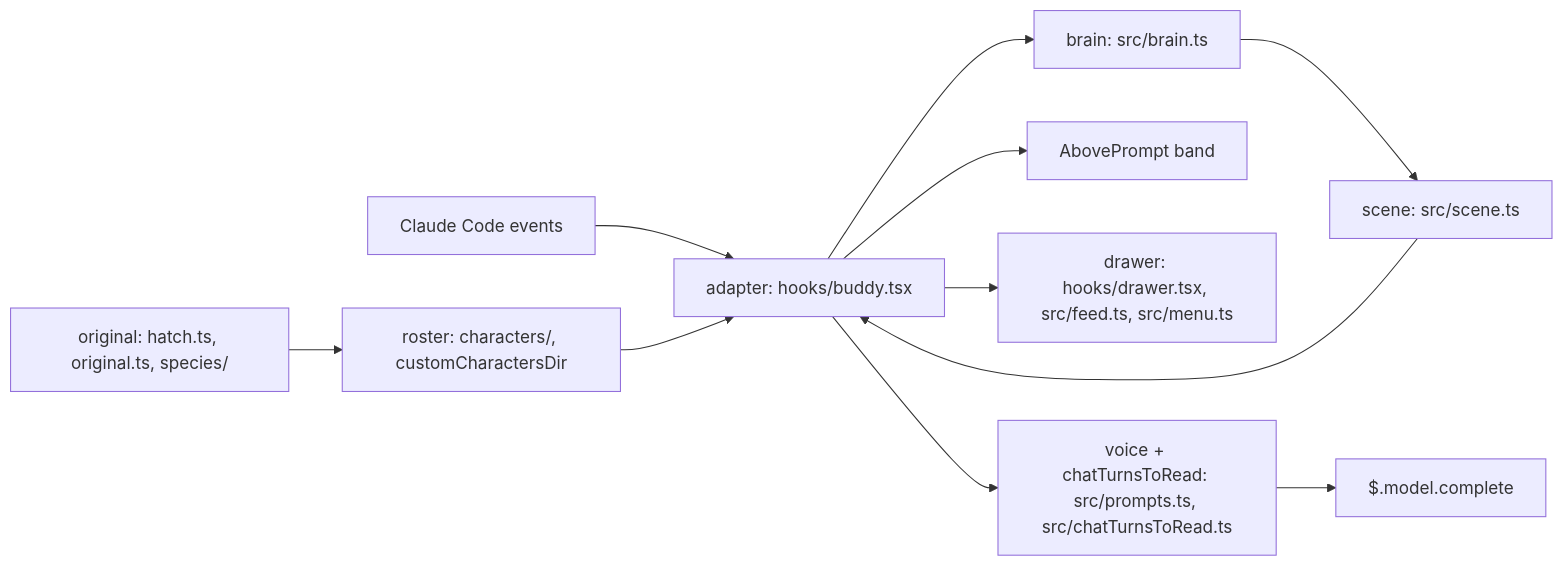
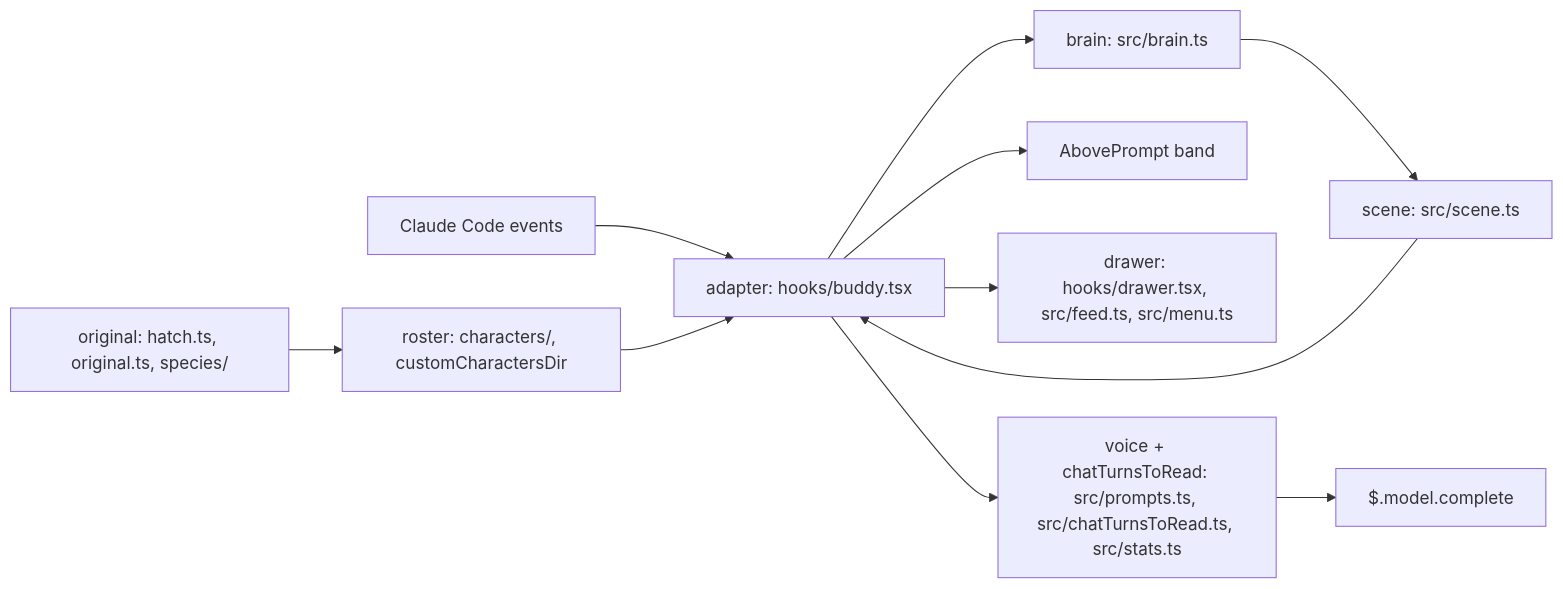
One commit to rezzminator/buddy changed the diagram in docs/design/_index.md. Above: the diagram before and after it, drawn with Mermaid. The commit also changed 20 other files, not shown here.

````diff
--- a/docs/design/_index.md
+++ b/docs/design/_index.md
@@ -25,13 +25,13 @@
 ```mermaid
 flowchart LR
   CC["Claude Code events"] --> A["adapter: hooks/buddy.tsx"]
   A --> B["brain: src/brain.ts"]
   B --> S["scene: src/scene.ts"]
   S --> A
   A --> Band["AbovePrompt band"]
   R["roster: characters/, customCharactersDir"] --> A
   O["original: hatch.ts, original.ts, species/"] --> R
   A --> M["drawer: hooks/drawer.tsx, src/feed.ts, src/menu.ts"]
-  A --> V["voice + chatTurnsToRead: src/prompts.ts, src/chatTurnsToRead.ts"]
+  A --> V["voice + chatTurnsToRead: src/prompts.ts, src/chatTurnsToRead.ts, src/stats.ts"]
   V --> Model["$.model.complete"]
 ```
````
